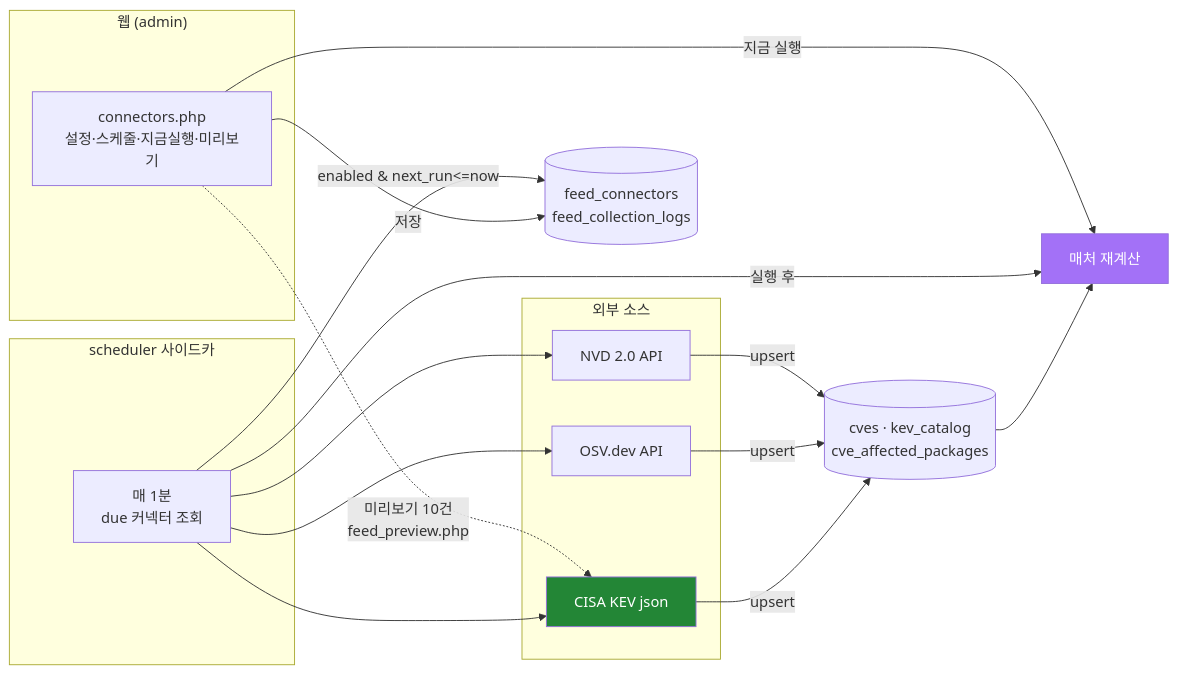
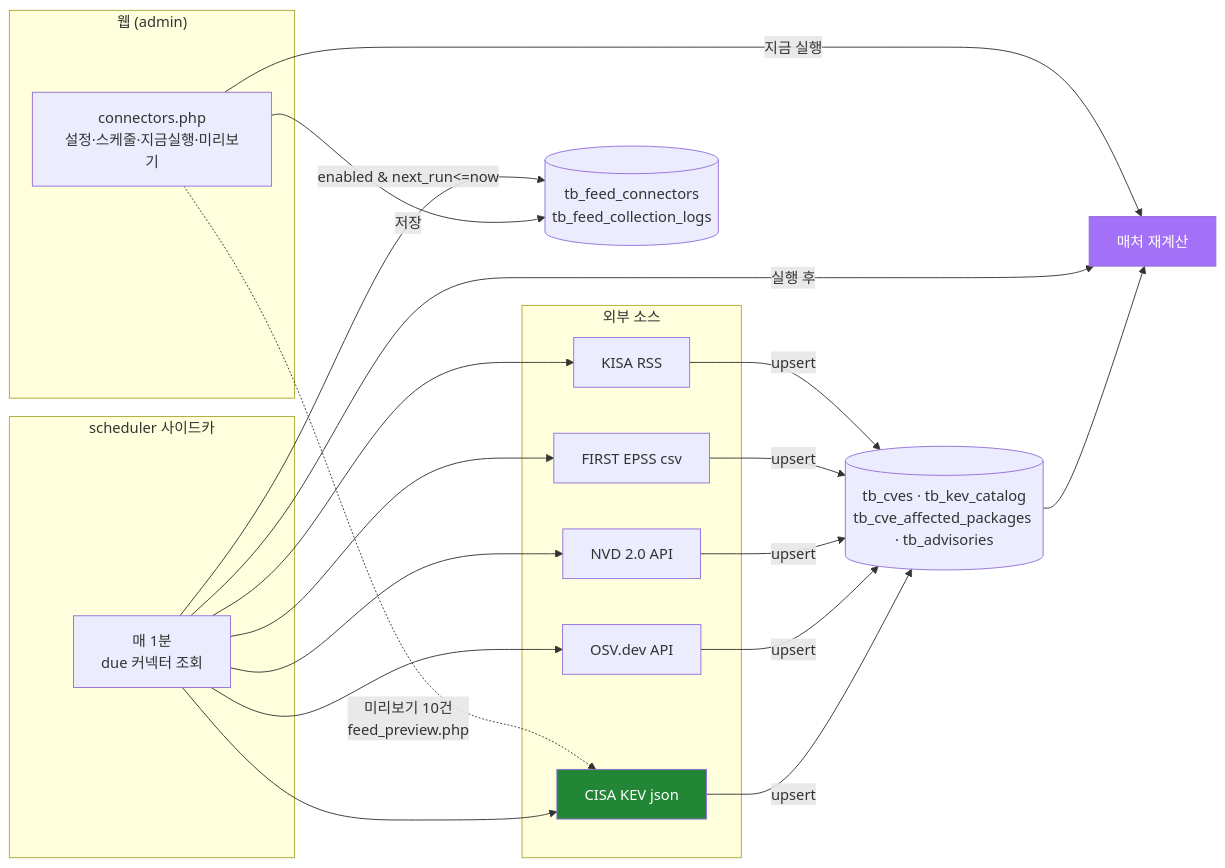
Before and after one commit to JeongDoWook/vuln-agent: the third of 6 diagrams in docs/architecture.md, drawn with Mermaid. The commit also changed other lines of this file and 3 other files, not shown here.

````diff
--- a/docs/architecture.md
+++ b/docs/architecture.md
@@ -79,29 +85,31 @@
 ```mermaid
 flowchart LR
     subgraph UI["웹 (admin)"]
         CFG["connectors.php<br/>설정·스케줄·지금실행·미리보기"]
     end
     subgraph Sched["scheduler 사이드카"]
         TICK["매 1분<br/>due 커넥터 조회"]
     end
     subgraph Sources["외부 소스"]
         KEV["CISA KEV json"]
         OSV["OSV.dev API"]
         NVD["NVD 2.0 API"]
+        EPSS["FIRST EPSS csv"]
+        KISA["KISA RSS"]
     end
-    DBc[("feed_connectors<br/>feed_collection_logs")]
-    CVE[("cves · kev_catalog<br/>cve_affected_packages")]
+    DBc[("tb_feed_connectors<br/>tb_feed_collection_logs")]
+    CVE[("tb_cves · tb_kev_catalog<br/>tb_cve_affected_packages · tb_advisories")]
     MAT["매처 재계산"]
 
     CFG -->|저장| DBc
     TICK -->|enabled & next_run<=now| DBc
-    TICK --> KEV & OSV & NVD
-    KEV & OSV & NVD -->|upsert| CVE
+    TICK --> KEV & OSV & NVD & EPSS & KISA
+    KEV & OSV & NVD & EPSS & KISA -->|upsert| CVE
     CVE --> MAT
     TICK -->|실행 후| MAT
     CFG -->|지금 실행| MAT
     CFG -.->|미리보기 10건<br/>feed_preview.php| KEV
 
     style KEV fill:#238636,color:#fff
     style MAT fill:#a371f7,color:#fff
 ```
````
